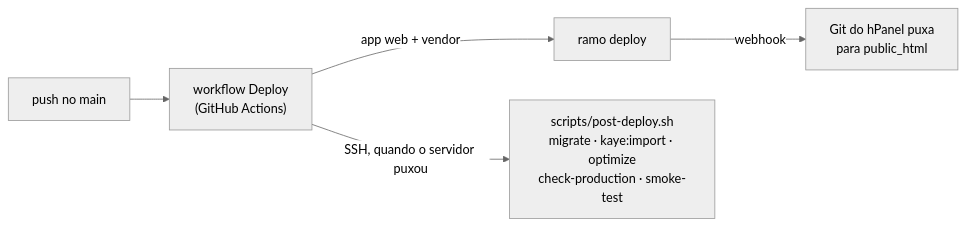
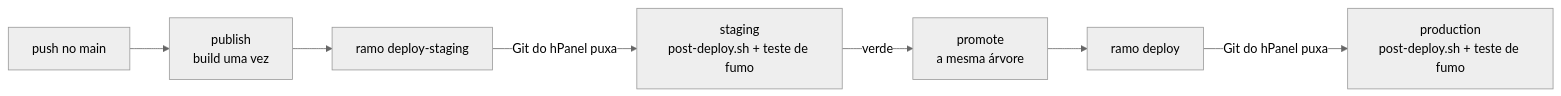
The second of 2 diagrams in docs/infraestrutura.md (edu-mena/kaye), drawn with Mermaid (neutral theme) before and after one commit. The commit also changed other lines of this file and 10 other files, not shown here.

````diff
--- a/docs/infraestrutura.md
+++ b/docs/infraestrutura.md
@@ -84,7 +85,9 @@
 ```mermaid
 flowchart LR
-  M["push no main"] --> W["workflow Deploy<br/>(GitHub Actions)"]
-  W -->|"app web + vendor"| D["ramo deploy"]
-  D -->|"webhook"| H["Git do hPanel puxa<br/>para public_html"]
-  W -->|"SSH, quando o servidor puxou"| P["scripts/post-deploy.sh<br/>migrate · kaye:import · optimize<br/>check-production · smoke-test"]
+  M["push no main"] --> B["publish<br/>build uma vez"]
+  B --> DS["ramo deploy-staging"]
+  DS -->|"Git do hPanel puxa"| S["staging<br/>post-deploy.sh + teste de fumo"]
+  S -->|"verde"| PR["promote<br/>a mesma árvore"]
+  PR --> D["ramo deploy"]
+  D -->|"Git do hPanel puxa"| P["production<br/>post-deploy.sh + teste de fumo"]
 ```
````
